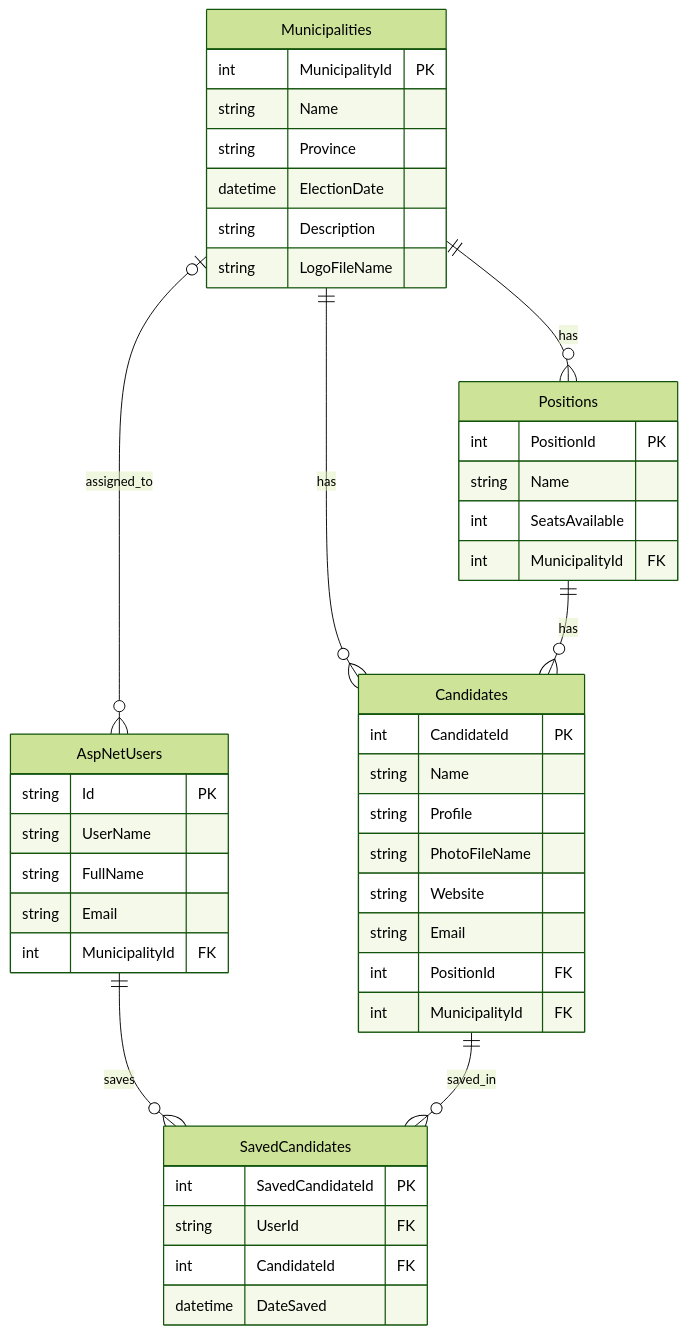
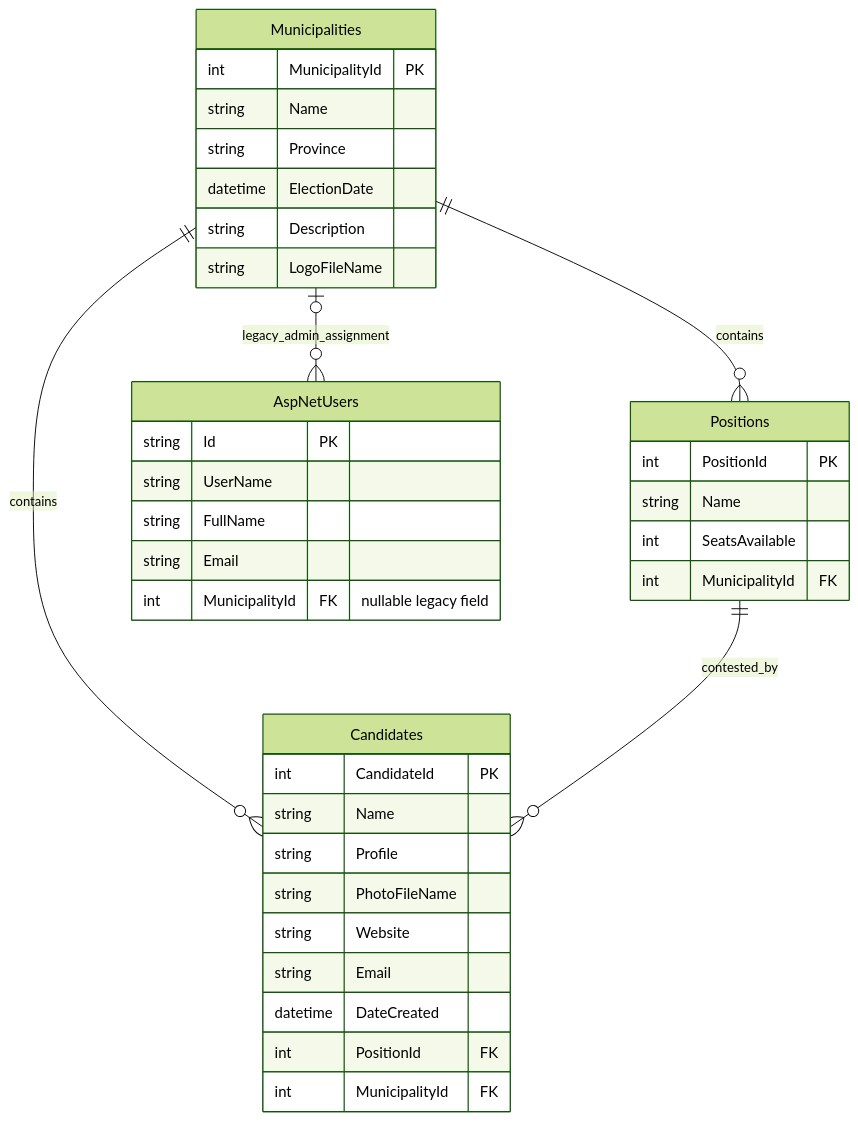
One commit to Bardia258/Assignment2-term4 changed the first of 2 diagrams in COMP4977-MunicipalElections-iOS/docs/erd/ERD.md. Above: the diagram before and after it, drawn with Mermaid (forest theme). The commit also changed other lines of this file and 347 other files, not shown here.

````diff
--- a/COMP4977-MunicipalElections-iOS/docs/erd/ERD.md
+++ b/COMP4977-MunicipalElections-iOS/docs/erd/ERD.md
@@ -1,47 +9,40 @@
 ```mermaid
 erDiagram
-    Municipalities ||--o{ Positions : has
-    Municipalities ||--o{ Candidates : has
-    Positions ||--o{ Candidates : has
-    Municipalities |o--o{ AspNetUsers : assigned_to
-    AspNetUsers ||--o{ SavedCandidates : saves
-    Candidates ||--o{ SavedCandidates : saved_in
+    Municipalities ||--o{ Positions : contains
+    Municipalities ||--o{ Candidates : contains
+    Positions ||--o{ Candidates : contested_by
+    Municipalities |o--o{ AspNetUsers : legacy_admin_assignment
 
     Municipalities {
         int MunicipalityId PK
         string Name
         string Province
         datetime ElectionDate
         string Description
         string LogoFileName
     }
     Positions {
         int PositionId PK
         string Name
         int SeatsAvailable
         int MunicipalityId FK
     }
     Candidates {
         int CandidateId PK
         string Name
         string Profile
         string PhotoFileName
         string Website
         string Email
+        datetime DateCreated
         int PositionId FK
         int MunicipalityId FK
     }
     AspNetUsers {
         string Id PK
         string UserName
         string FullName
         string Email
-        int MunicipalityId FK
-    }
-    SavedCandidates {
-        int SavedCandidateId PK
-        string UserId FK
-        int CandidateId FK
-        datetime DateSaved
+        int MunicipalityId FK "nullable legacy field"
     }
 ```
````
